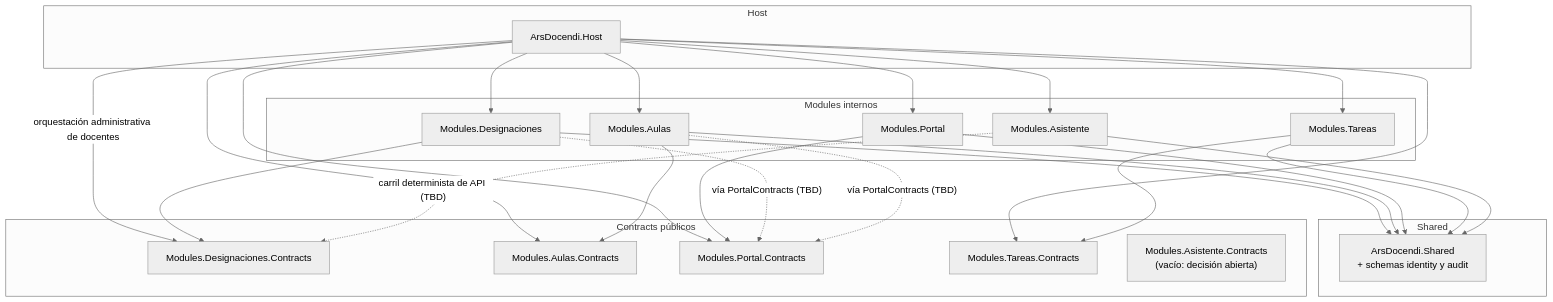
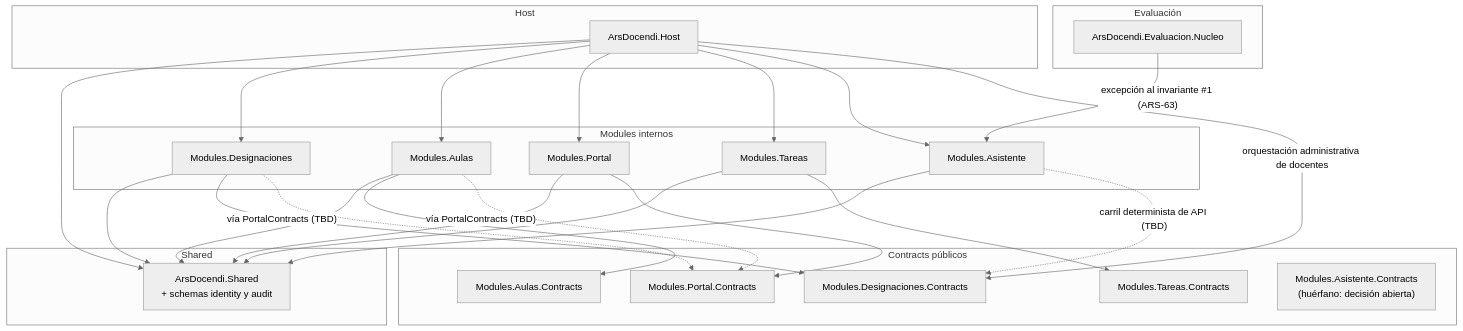
Before and after one commit to Ars-Docendi/ars-docendi: the diagram in docs/architecture/dependency-graph.md, drawn with Mermaid (neutral theme). The commit also changed other lines of this file and 8 other files, not shown here.

````diff
--- a/docs/architecture/dependency-graph.md
+++ b/docs/architecture/dependency-graph.md
@@ -9,48 +21,51 @@
 ```mermaid
 flowchart TD
   subgraph host [Host]
     Host["ArsDocendi.Host"]
   end
   subgraph shared [Shared]
     Shared["ArsDocendi.Shared<br/>+ schemas identity y audit"]
   end
   subgraph contracts [Contracts públicos]
     DesignacionesContracts["Modules.Designaciones.Contracts"]
     AulasContracts["Modules.Aulas.Contracts"]
     PortalContracts["Modules.Portal.Contracts"]
     TareasContracts["Modules.Tareas.Contracts"]
-    AsistenteContracts["Modules.Asistente.Contracts<br/>(vacío: decisión abierta)"]
+    AsistenteContracts["Modules.Asistente.Contracts<br/>(huérfano: decisión abierta)"]
   end
   subgraph modules [Modules internos]
     Designaciones["Modules.Designaciones"]
     Aulas["Modules.Aulas"]
     Portal["Modules.Portal"]
     Tareas["Modules.Tareas"]
     Asistente["Modules.Asistente"]
   end
+  subgraph evaluacion [Evaluación]
+    EvaluacionNucleo["ArsDocendi.Evaluacion.Nucleo"]
+  end
 
+  Host --> Shared
   Host --> Designaciones
   Host --> Aulas
   Host --> Portal
   Host --> Tareas
   Host --> Asistente
   Host -->|"orquestación administrativa de docentes"| DesignacionesContracts
-  Host --> AulasContracts
-  Host --> PortalContracts
-  Host --> TareasContracts
 
   Designaciones --> Shared
   Aulas --> Shared
   Portal --> Shared
   Tareas --> Shared
   Asistente --> Shared
 
   Designaciones --> DesignacionesContracts
   Aulas --> AulasContracts
   Portal --> PortalContracts
   Tareas --> TareasContracts
 
+  EvaluacionNucleo -->|"excepción al invariante #1 (ARS-63)"| Asistente
+
   Designaciones -.->|"vía PortalContracts (TBD)"| PortalContracts
   Aulas -.->|"vía PortalContracts (TBD)"| PortalContracts
   Asistente -.->|"carril determinista de API (TBD)"| DesignacionesContracts
 ```
````
